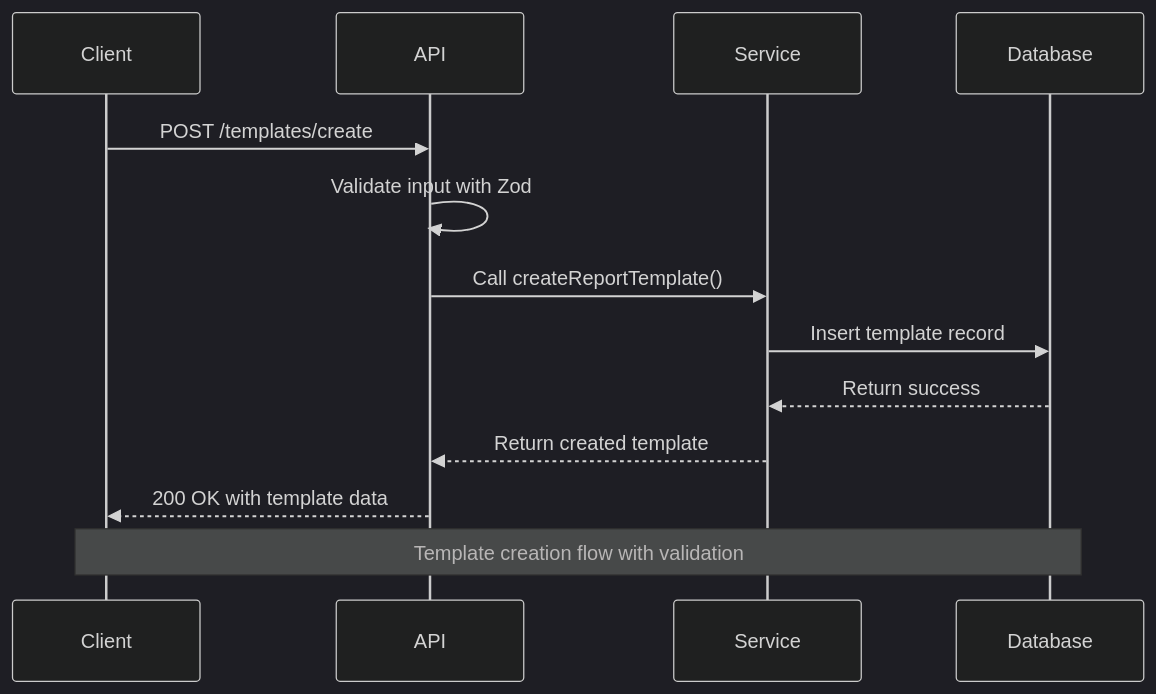
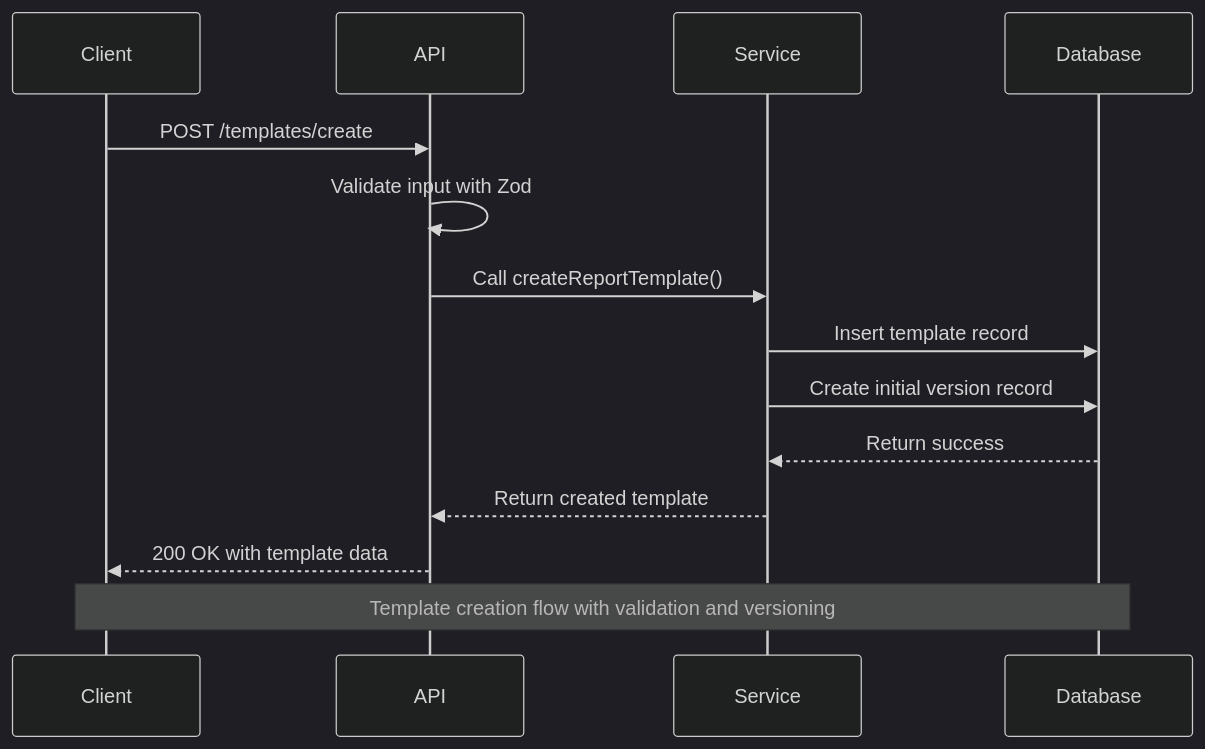
Before and after one commit to smedrec/smart-logs: the fourth of 9 diagrams in .qoder/repowiki/en/content/Web Application/Compliance Reporting/Report Templates.md, drawn with Mermaid (dark theme). The commit also changed other lines of this file and 24 other files, not shown here.

````diff
--- a/.qoder/repowiki/en/content/Web Application/Compliance Reporting/Report Templates.md
+++ b/.qoder/repowiki/en/content/Web Application/Compliance Reporting/Report Templates.md
@@ -141,15 +294,16 @@
 ```mermaid
 sequenceDiagram
 participant Client
 participant API
 participant Service
 participant Database
 Client->>API : POST /templates/create
 API->>API : Validate input with Zod
 API->>Service : Call createReportTemplate()
 Service->>Database : Insert template record
+Service->>Database : Create initial version record
 Database-->>Service : Return success
 Service-->>API : Return created template
 API-->>Client : 200 OK with template data
-Note over Client,Database : Template creation flow with validation
+Note over Client,Database : Template creation flow with validation and versioning
 ```
````
